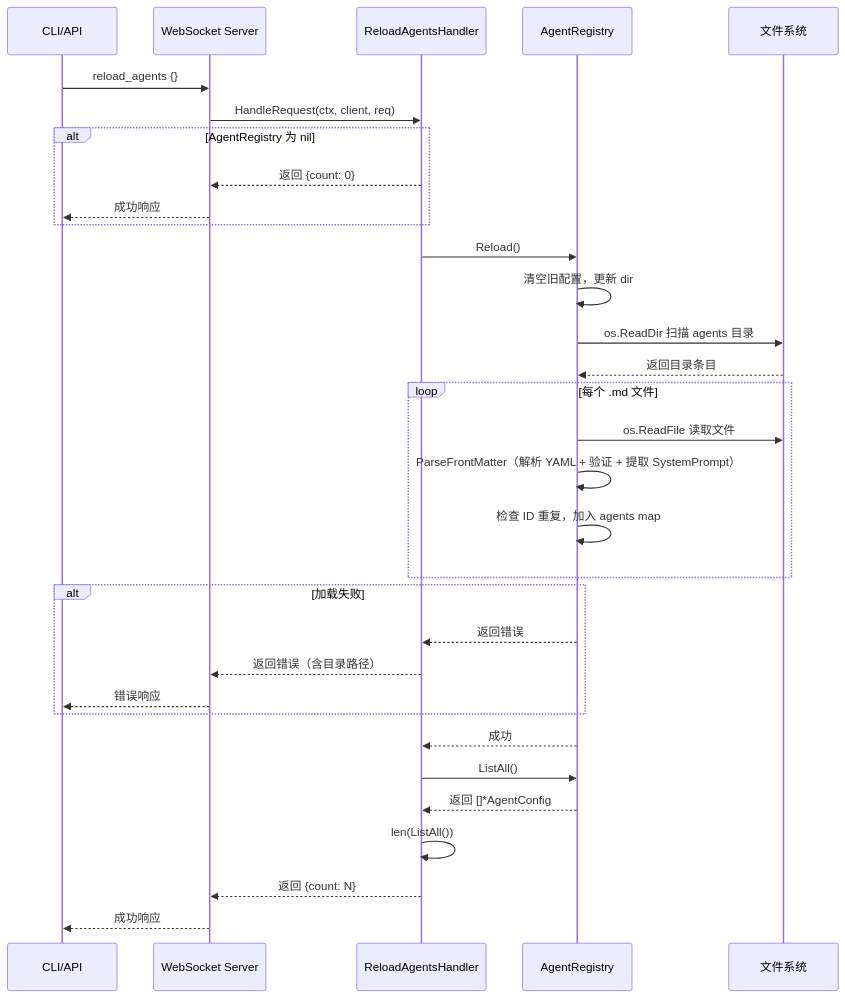
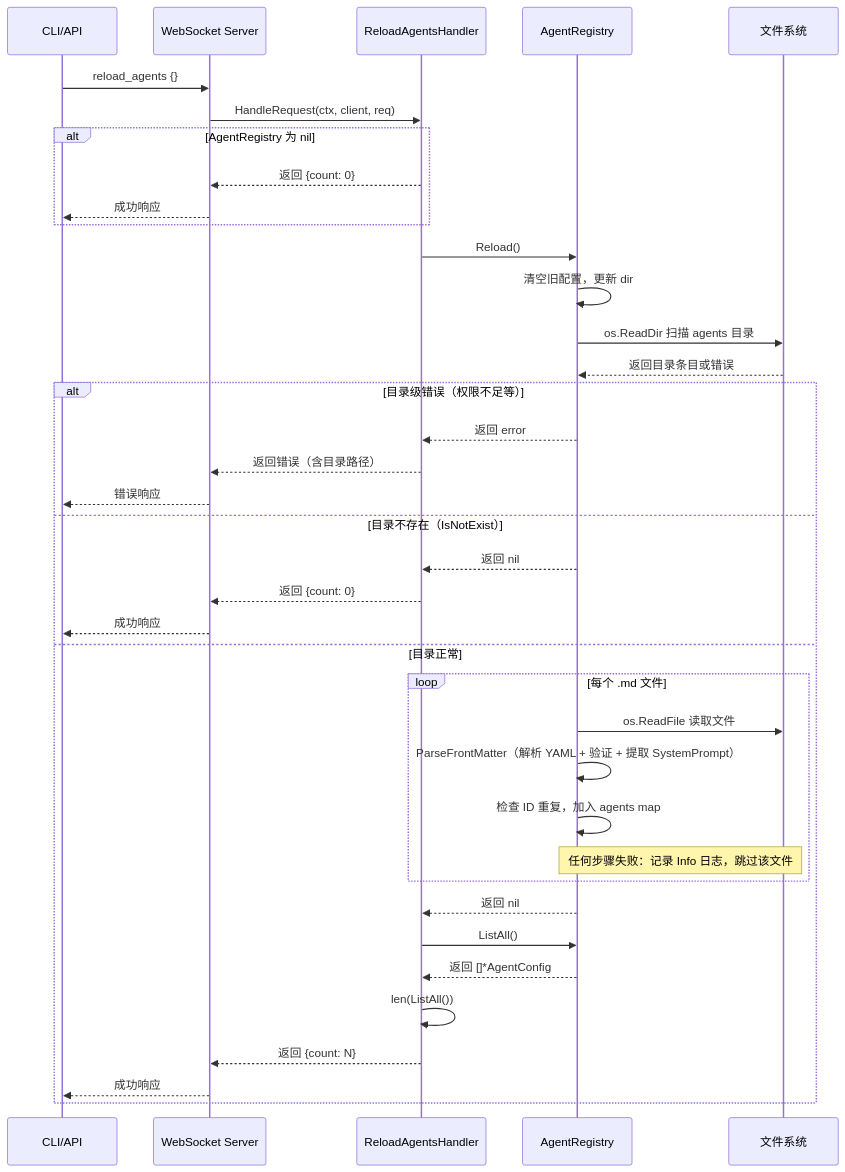
Before and after one commit to PineappleBond/xyncra-server: the first of 6 diagrams in wiki/flows/reload-agents.md, drawn with Mermaid. The commit also changed other lines of this file and 21 other files, not shown here.

````diff
--- a/wiki/flows/reload-agents.md
+++ b/wiki/flows/reload-agents.md
@@ -38,39 +38,44 @@
 ```mermaid
 sequenceDiagram
     participant C as CLI/API
     participant WS as WebSocket Server
     participant H as ReloadAgentsHandler
     participant R as AgentRegistry
     participant FS as 文件系统
 
     C->>WS: reload_agents {}
     WS->>H: HandleRequest(ctx, client, req)
 
     alt AgentRegistry 为 nil
         H-->>WS: 返回 {count: 0}
         WS-->>C: 成功响应
     end
 
     H->>R: Reload()
     R->>R: 清空旧配置，更新 dir
     R->>FS: os.ReadDir 扫描 agents 目录
-    FS-->>R: 返回目录条目
-    loop 每个 .md 文件
-        R->>FS: os.ReadFile 读取文件
-        R->>R: ParseFrontMatter（解析 YAML + 验证 + 提取 SystemPrompt）
-        R->>R: 检查 ID 重复，加入 agents map
-    end
+    FS-->>R: 返回目录条目或错误
 
-    alt 加载失败
-        R-->>H: 返回错误
+    alt 目录级错误（权限不足等）
+        R-->>H: 返回 error
         H-->>WS: 返回错误（含目录路径）
         WS-->>C: 错误响应
+    else 目录不存在（IsNotExist）
+        R-->>H: 返回 nil
+        H-->>WS: 返回 {count: 0}
+        WS-->>C: 成功响应
+    else 目录正常
+        loop 每个 .md 文件
+            R->>FS: os.ReadFile 读取文件
+            R->>R: ParseFrontMatter（解析 YAML + 验证 + 提取 SystemPrompt）
+            R->>R: 检查 ID 重复，加入 agents map
+            Note over R,FS: 任何步骤失败：记录 Info 日志，跳过该文件
+        end
+        R-->>H: 返回 nil
+        H->>R: ListAll()
+        R-->>H: 返回 []*AgentConfig
+        H->>H: len(ListAll())
+        H-->>WS: 返回 {count: N}
+        WS-->>C: 成功响应
     end
-
-    R-->>H: 成功
-    H->>R: ListAll()
-    R-->>H: 返回 []*AgentConfig
-    H->>H: len(ListAll())
-    H-->>WS: 返回 {count: N}
-    WS-->>C: 成功响应
 ```
````
